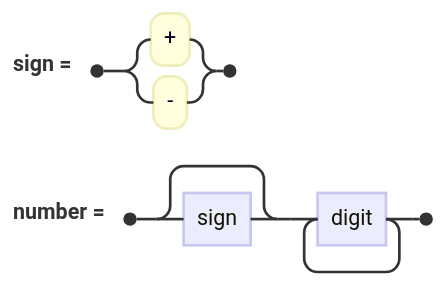
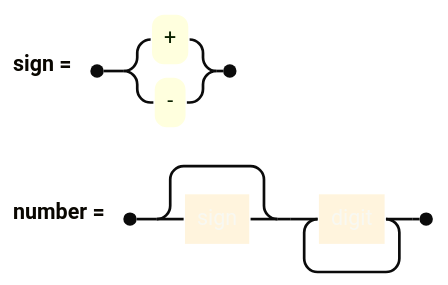
Before and after one commit to bsamiee/Rasm: diagram 20 of 21 in .claude/skills/mermaid-diagramming/references/syntax-extended.md, drawn with Mermaid. The commit also changed other lines of this file and 27 other files, not shown here.

````diff
--- a/.claude/skills/mermaid-diagramming/references/syntax-extended.md
+++ b/.claude/skills/mermaid-diagramming/references/syntax-extended.md
@@ -283,7 +405,15 @@
 ```mermaid
+---
+config:
+  theme: base
+  themeVariables:
+    darkMode: true
+    textColor: "#F8F8F2"
+    primaryTextColor: "#F8F8F2"
+---
 railroad-ebnf-beta
 title "Optional Sign"
 
 sign = "+" | "-" ;
 number = sign? digit+ ;
 ```
````
